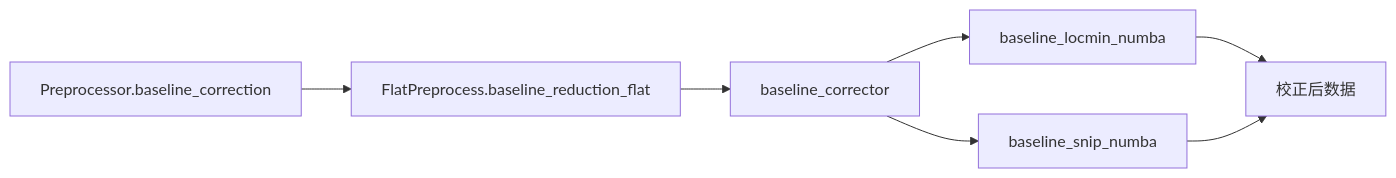
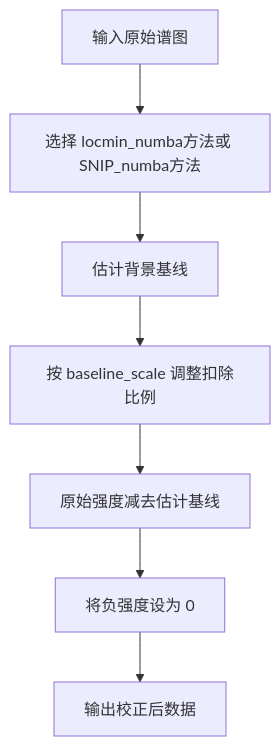
The diagram in docs/zh/baseline_correction.md (NeoNexusX/MassFlow), drawn with Mermaid before and after one commit. The commit also changed other lines of this file and 15 other files, not shown here.

````diff
--- a/docs/zh/baseline_correction.md
+++ b/docs/zh/baseline_correction.md
@@ -21,9 +115,9 @@
 ```mermaid
-graph LR
-  A["Preprocessor.baseline_correction"] --> B["FlatPreprocess.baseline_reduction_flat"]
-  B --> C["baseline_corrector"]
-  C --> D["baseline_locmin_numba"]
-  C --> E["baseline_snip_numba"]
-  D --> F["校正后数据"]
-  E --> F
+graph TD
+  A["输入原始谱图"] --> B["选择 locmin_numba方法或 SNIP_numba方法"]
+  B --> C["估计背景基线"]
+  C --> D["按 baseline_scale 调整扣除比例"]
+  D --> E["原始强度减去估计基线"]
+  E --> F["将负强度设为 0"]
+  F --> G["输出校正后数据"]
 ```
````
